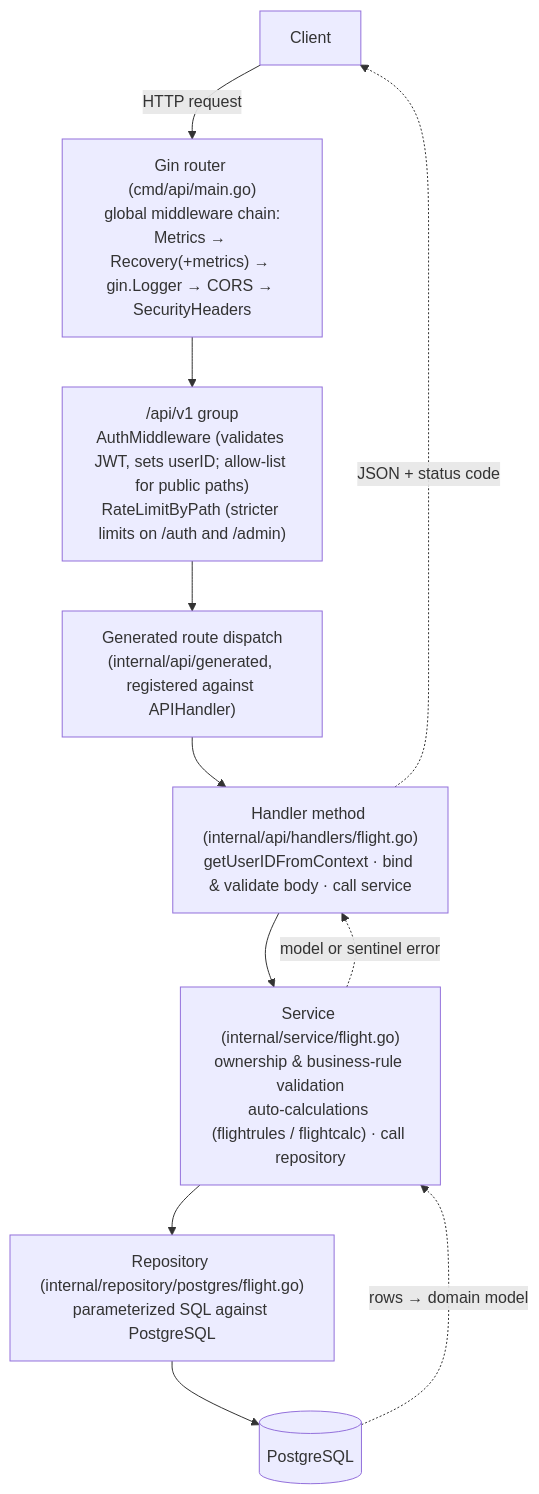
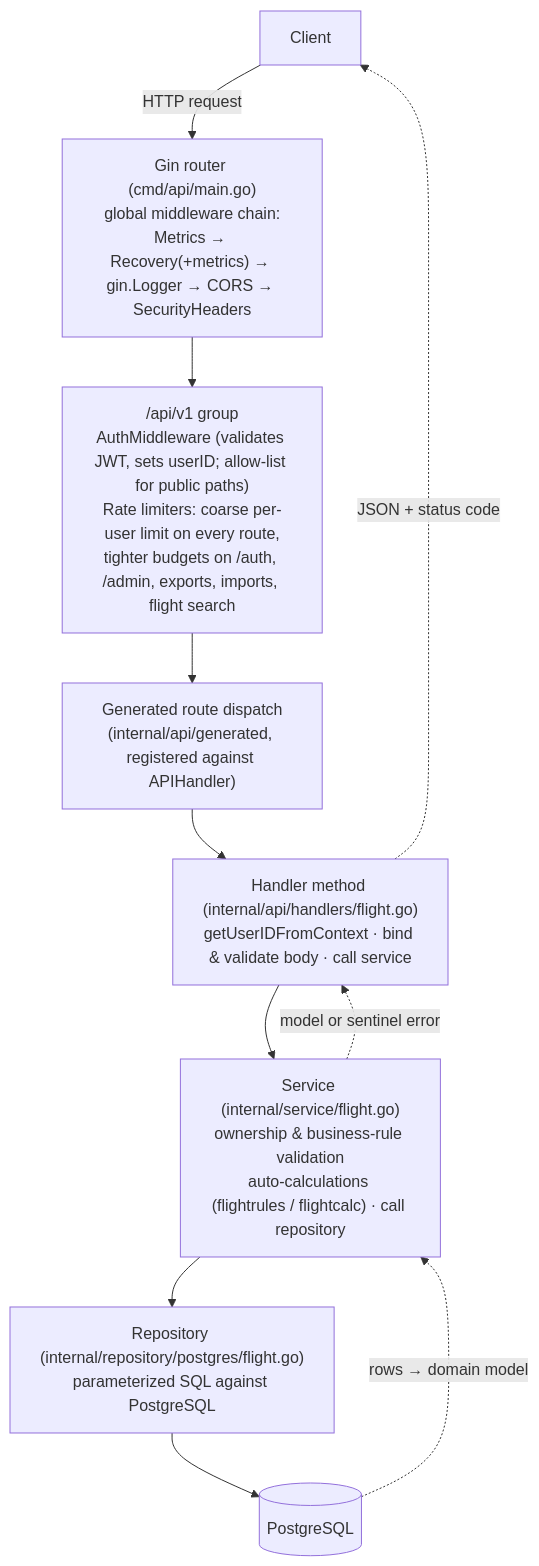
Before and after one commit to fjaeckel/ninerlog-api: the second of 3 diagrams in docs/ARCHITECTURE.md, drawn with Mermaid. The commit also changed other lines of this file and 14 other files, not shown here.

First line of the commit message:
feat(ratelimit): separate search budget, per-limiter metrics, and dashboards that use them (#146)

````diff
--- a/docs/ARCHITECTURE.md
+++ b/docs/ARCHITECTURE.md
@@ -41,15 +41,15 @@
 ```mermaid
 flowchart TD
     C[Client] -->|HTTP request| GR
     GR["Gin router (cmd/api/main.go)<br/>global middleware chain:<br/>Metrics → Recovery(+metrics) → gin.Logger → CORS → SecurityHeaders"]
     GR --> G
-    G["/api/v1 group<br/>AuthMiddleware (validates JWT, sets userID; allow-list for public paths)<br/>RateLimitByPath (stricter limits on /auth and /admin)"]
+    G["/api/v1 group<br/>AuthMiddleware (validates JWT, sets userID; allow-list for public paths)<br/>Rate limiters: coarse per-user limit on every route,<br/>tighter budgets on /auth, /admin, exports, imports, flight search"]
     G --> D["Generated route dispatch<br/>(internal/api/generated, registered against APIHandler)"]
     D --> HM["Handler method (internal/api/handlers/flight.go)<br/>getUserIDFromContext · bind & validate body · call service"]
     HM --> SV["Service (internal/service/flight.go)<br/>ownership & business-rule validation<br/>auto-calculations (flightrules / flightcalc) · call repository"]
     SV --> RP["Repository (internal/repository/postgres/flight.go)<br/>parameterized SQL against PostgreSQL"]
     RP --> PG[(PostgreSQL)]
     PG -.->|rows → domain model| SV
     SV -.->|model or sentinel error| HM
     HM -.->|JSON + status code| C
 ```
````
